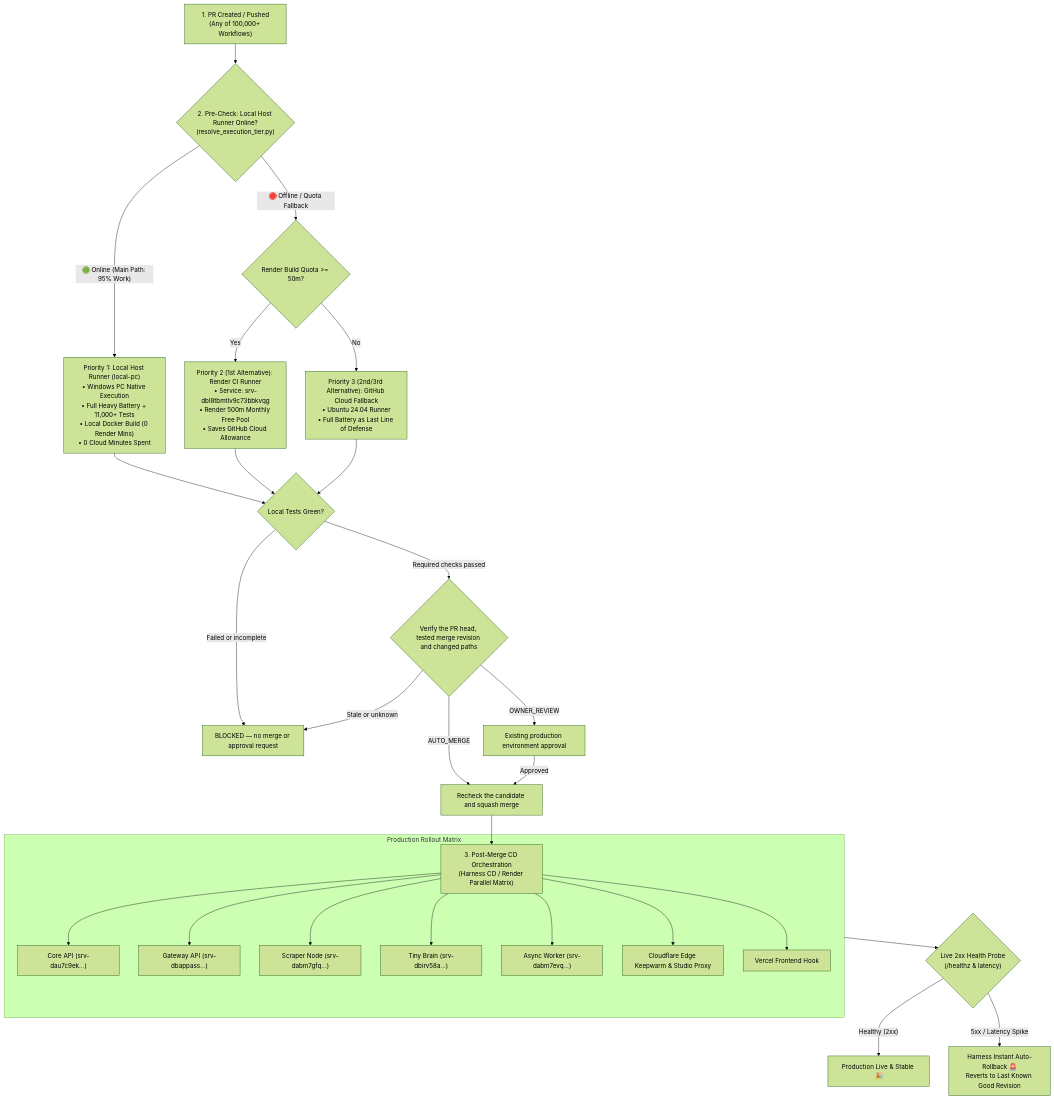
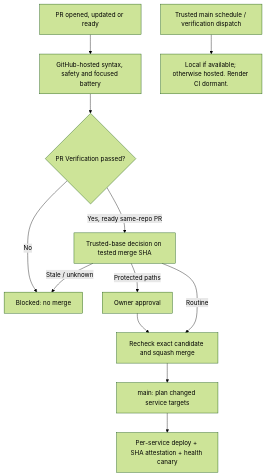
One commit to Supremeai-bd/supremeai changed the diagram in docs/PR_TO_PRODUCTION_LIFECYCLE.md. Above: the diagram before and after it, drawn with Mermaid (forest theme). The commit also changed other lines of this file and 58 other files, not shown here.

Commit message:
Harden release verification and automate audit checks

````diff
--- a/docs/PR_TO_PRODUCTION_LIFECYCLE.md
+++ b/docs/PR_TO_PRODUCTION_LIFECYCLE.md
@@ -50,41 +49,13 @@
 ```mermaid
 flowchart TD
-    PR["1. PR Created / Pushed\n(Any of 100,000+ Workflows)"] --> TierCheck{"2. Pre-Check: Local Host Runner Online?\n(resolve_execution_tier.py)"}
-    
-    TierCheck -- "🟢 Online (Main Path: 95% Work)" --> LocalPC["Priority 1: Local Host Runner (local-pc)\n• Windows PC Native Execution\n• Full Heavy Battery + 11,000+ Tests\n• Local Docker Build (0 Render Mins)\n• 0 Cloud Minutes Spent"]
-    
-    LocalPC --> LocalPassed{"Local Tests Green?"}
-    
-    TierCheck -- "🔴 Offline / Quota Fallback" --> CheckRender{"Render Build Quota >= 50m?"}
-    
-    CheckRender -- "Yes" --> RenderCI["Priority 2 (1st Alternative): Render CI Runner\n• Service: srv-dbl8tbmtlv9c73bbkvqg\n• Render 500m Monthly Free Pool\n• Saves GitHub Cloud Allowance"]
-    
-    CheckRender -- "No" --> GitHubHeavy["Priority 3 (2nd/3rd Alternative): GitHub Cloud Fallback\n• Ubuntu 24.04 Runner\n• Full Battery as Last Line of Defense"]
-    
-    RenderCI --> LocalPassed
-    GitHubHeavy --> LocalPassed
-    
-    LocalPassed -- "Failed or incomplete" --> BlockMerge["BLOCKED — no merge or approval request"]
-
-    LocalPassed -- "Required checks passed" --> Landing{"Verify the PR head, tested merge revision and changed paths"}
-    Landing -- "Stale or unknown" --> BlockMerge
-    Landing -- "OWNER_REVIEW" --> Owner["Existing production environment approval"]
-    Landing -- "AUTO_MERGE" --> CloudMerge["Recheck the candidate and squash merge"]
-    Owner -- "Approved" --> CloudMerge
-    
-    CloudMerge --> PostMerge["3. Post-Merge CD Orchestration\n(Harness CD / Render Parallel Matrix)"]
-    
-    subgraph CD_Matrix["Production Rollout Matrix"]
-        PostMerge --> D_Core["Core API (srv-dau7c9ek...)"]
-        PostMerge --> D_API["Gateway API (srv-dbappass...)"]
-        PostMerge --> D_Scraper["Scraper Node (srv-dabm7gfq...)"]
-        PostMerge --> D_Brain["Tiny Brain (srv-dbirv58a...)"]
-        PostMerge --> D_Worker["Async Worker (srv-dabm7evq...)"]
-        PostMerge --> D_CF["Cloudflare Edge Keepwarm & Studio Proxy"]
-        PostMerge --> D_Vercel["Vercel Frontend Hook"]
-    end
-    
-    CD_Matrix --> LiveProbe{"Live 2xx Health Probe\n(/healthz & latency)"}
-    LiveProbe -- "Healthy (2xx)" --> Stable["Production Live & Stable 🎉"]
-    LiveProbe -- "5xx / Latency Spike" --> AutoRollback["Harness Instant Auto-Rollback 🚨\nReverts to Last Known Good Revision"]
+    PR["PR opened, updated or ready"] --> Hosted["GitHub-hosted syntax, safety and focused battery"]
+    Hosted --> Check{"PR Verification passed?"}
+    Check -- "No" --> Block["Blocked: no merge"]
+    Check -- "Yes, ready same-repo PR" --> Policy["Trusted-base decision on tested merge SHA"]
+    Policy -- "Protected paths" --> Owner["Owner approval"] --> Land["Recheck exact candidate and squash merge"]
+    Policy -- "Routine" --> Land
+    Policy -- "Stale / unknown" --> Block
+    Land --> Plan["main: plan changed service targets"]
+    Plan --> Deploy["Per-service deploy + SHA attestation + health canary"]
+    Trusted["Trusted main schedule / verification dispatch"] --> Runner["Local if available; otherwise hosted. Render CI dormant."]
 ```
````
